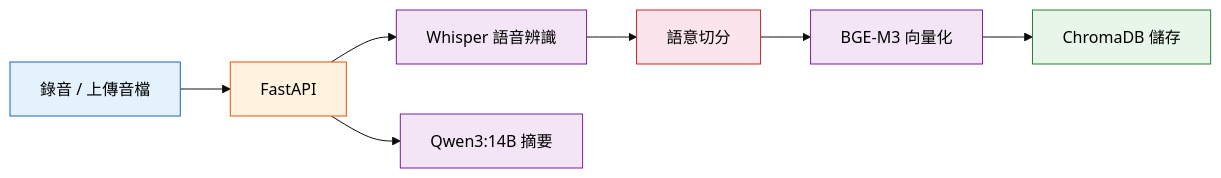
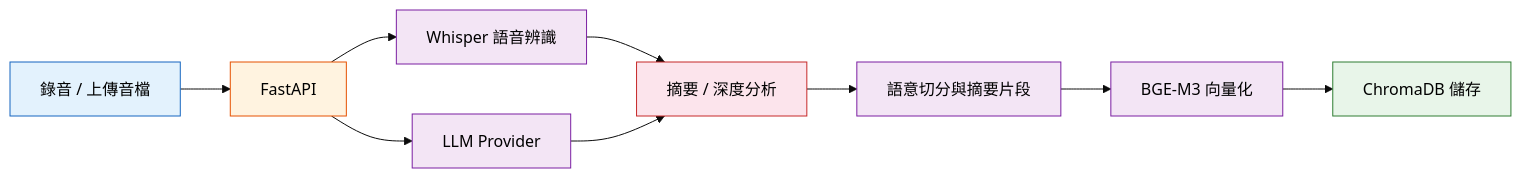
Before and after one commit to victorhi2005-lang/VoiceRAG: the first of 3 diagrams in README.md, drawn with Mermaid (base theme). The commit also changed other lines of this file, not shown here.

````diff
--- a/README.md
+++ b/README.md
@@ -51,17 +68,20 @@
 ```mermaid
 flowchart LR
     A["錄音 / 上傳音檔"] --> B["FastAPI"]
     B --> C["Whisper 語音辨識"]
-    C --> D["語意切分"]
-    D --> E["BGE-M3 向量化"]
-    E --> F["ChromaDB 儲存"]
-    B --> G["Qwen3:14B 摘要"]
+    C --> D["摘要 / 深度分析"]
+    D --> E["語意切分與摘要片段"]
+    E --> F["BGE-M3 向量化"]
+    F --> G["ChromaDB 儲存"]
+    B --> H["LLM Provider"]
+    H --> D
 
     style A fill:#E3F2FD,stroke:#1565C0,color:#000
     style B fill:#FFF3E0,stroke:#E65100,color:#000
     style C fill:#F3E5F5,stroke:#7B1FA2,color:#000
     style D fill:#FCE4EC,stroke:#C62828,color:#000
     style E fill:#F3E5F5,stroke:#7B1FA2,color:#000
-    style F fill:#E8F5E9,stroke:#2E7D32,color:#000
-    style G fill:#F3E5F5,stroke:#7B1FA2,color:#000
+    style F fill:#F3E5F5,stroke:#7B1FA2,color:#000
+    style G fill:#E8F5E9,stroke:#2E7D32,color:#000
+    style H fill:#F3E5F5,stroke:#7B1FA2,color:#000
 ```
````
